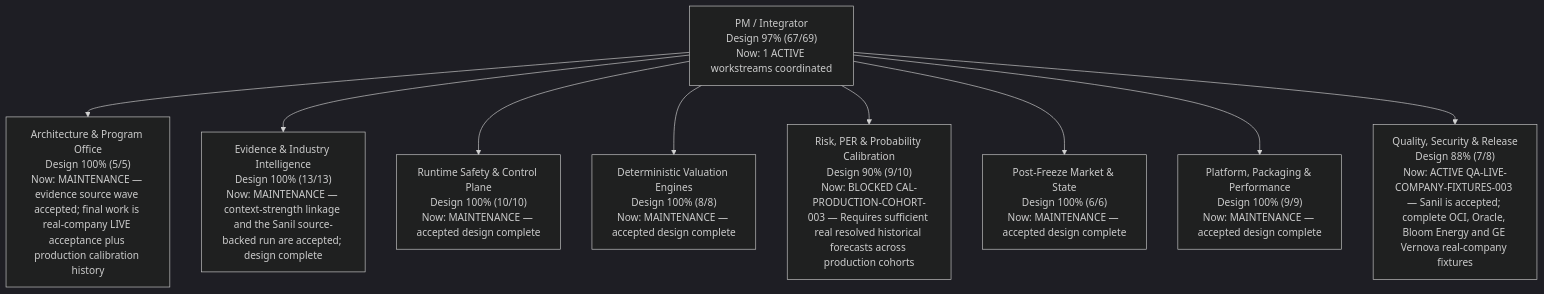
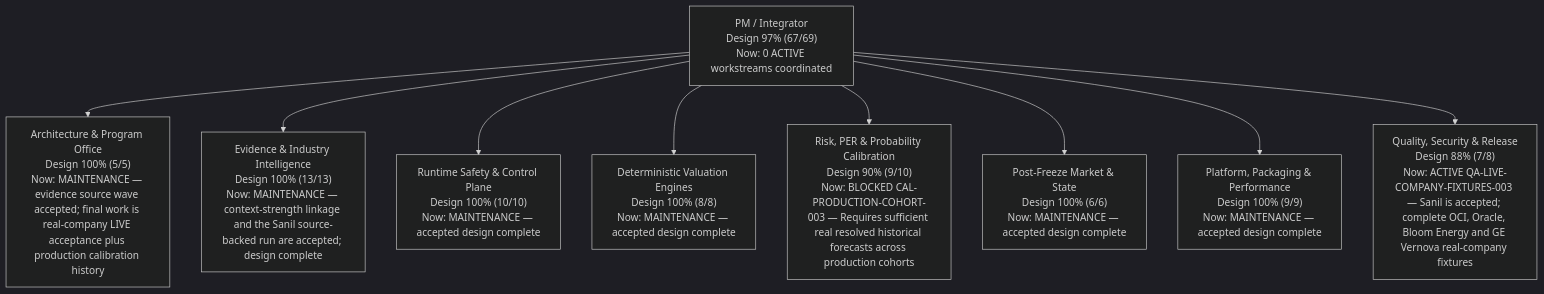
The diagram in PROJECT_STATUS.md (newwonwoo/valuation), drawn with Mermaid (dark theme) before and after one commit. The commit also changed other lines of this file and 1 other file, not shown here.

````diff
--- a/PROJECT_STATUS.md
+++ b/PROJECT_STATUS.md
@@ -24,12 +24,12 @@
 ```mermaid
 flowchart TB
-  PM["PM / Integrator<br/>Design 97% (67/69)<br/>Now: 1 ACTIVE workstreams coordinated"]
+  PM["PM / Integrator<br/>Design 97% (67/69)<br/>Now: 0 ACTIVE workstreams coordinated"]
   PM --> PMO["Architecture & Program Office<br/>Design 100% (5/5)<br/>Now: MAINTENANCE — evidence source wave accepted; final work is real-company LIVE acceptance plus production calibration history"]
   PM --> EVIDENCE["Evidence & Industry Intelligence<br/>Design 100% (13/13)<br/>Now: MAINTENANCE — context-strength linkage and the Sanil source-backed run are accepted; design complete"]
   PM --> RUNTIME["Runtime Safety & Control Plane<br/>Design 100% (10/10)<br/>Now: MAINTENANCE — accepted design complete"]
   PM --> VALUATION["Deterministic Valuation Engines<br/>Design 100% (8/8)<br/>Now: MAINTENANCE — accepted design complete"]
   PM --> CALIBRATION["Risk, PER & Probability Calibration<br/>Design 90% (9/10)<br/>Now: BLOCKED CAL-PRODUCTION-COHORT-003 — Requires sufficient real resolved historical forecasts across production cohorts"]
   PM --> POST_FREEZE["Post-Freeze Market & State<br/>Design 100% (6/6)<br/>Now: MAINTENANCE — accepted design complete"]
   PM --> PLATFORM["Platform, Packaging & Performance<br/>Design 100% (9/9)<br/>Now: MAINTENANCE — accepted design complete"]
   PM --> QA_RELEASE["Quality, Security & Release<br/>Design 88% (7/8)<br/>Now: ACTIVE QA-LIVE-COMPANY-FIXTURES-003 — Sanil is accepted; complete OCI, Oracle, Bloom Energy and GE Vernova real-company fixtures"]
 ```
````
